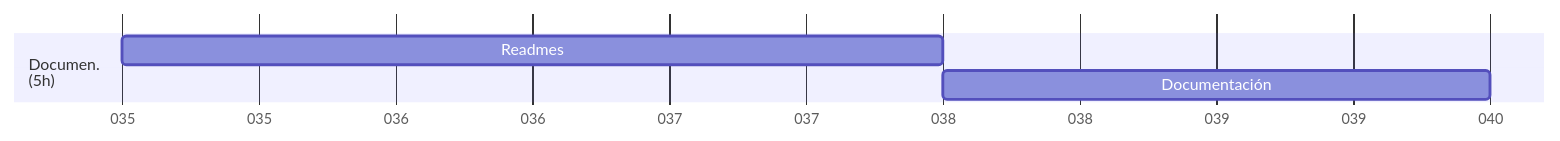
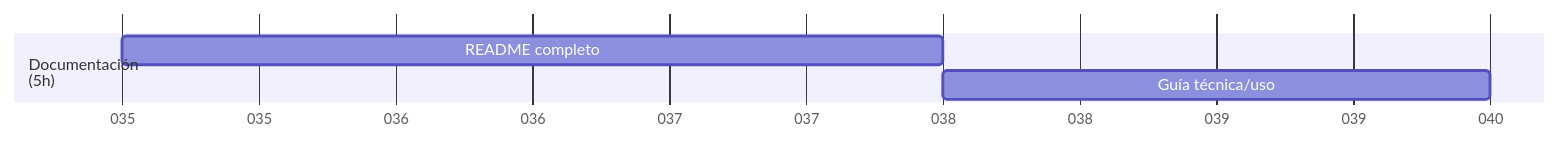
One commit to Covija97/badentracker changed the ninth of 9 diagrams in .md/roadmap.md. Above: the diagram before and after it, drawn with Mermaid. The commit also changed other lines of this file, not shown here.

Commit message:
Refactor roadmap.md to update project planning, database design, and CRUD sections

````diff
--- a/.md/roadmap.md
+++ b/.md/roadmap.md
@@ -139,8 +144,8 @@
 ```mermaid
 gantt
     dateFormat  DDD
     axisFormat %j
-    section Documen.<br>(5h)
-    Readmes                     : 02-04, 3d
-    Documentación               : 02-07, 2d
+    section Documentación<br>(5h)
+    README completo             : 02-04, 3d
+    Guía técnica/uso            : 02-07, 2d
 ```
````
